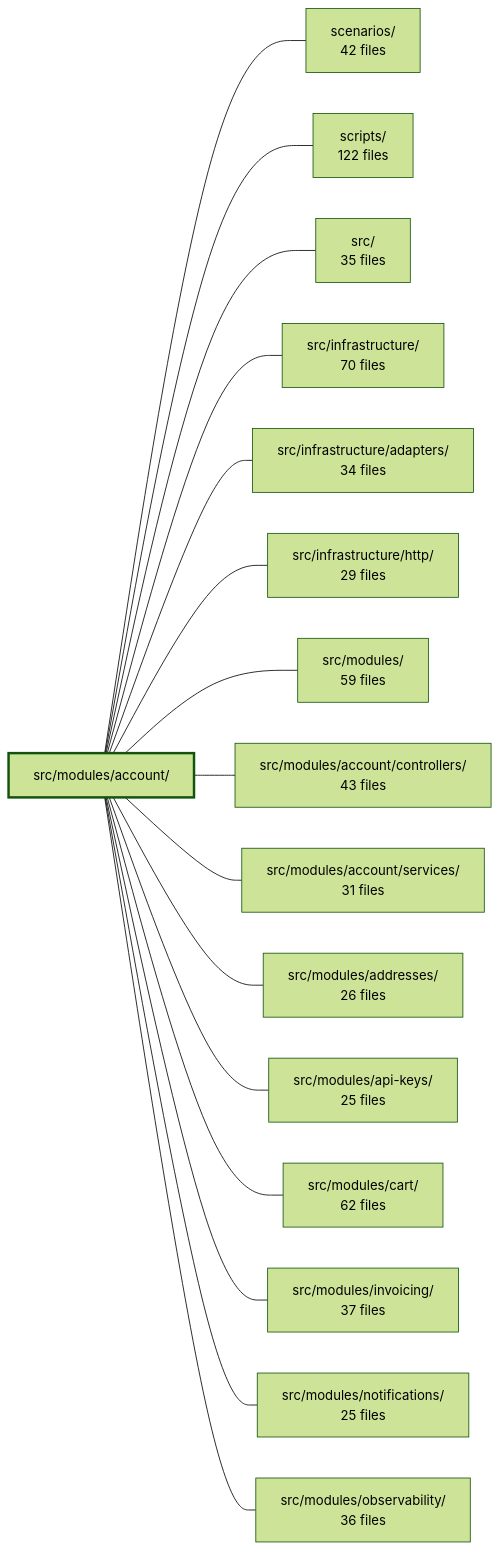
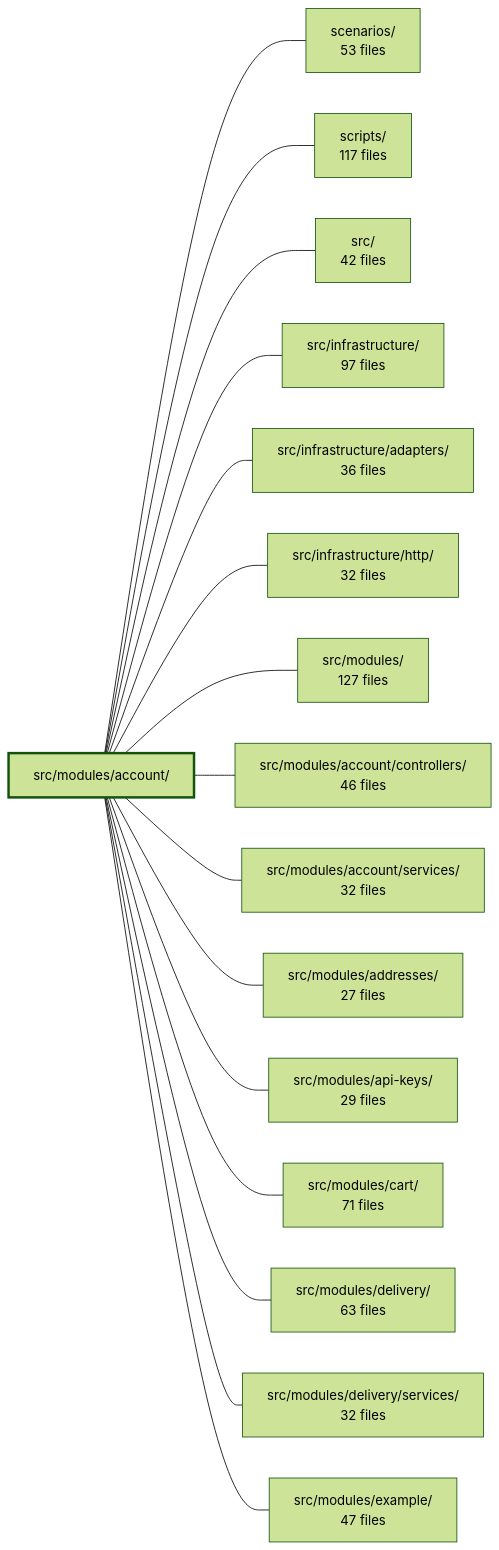
The diagram in .2brain/modules/boilerplate-node-backend_src_modules_account.md (Guebbit/boilerplate-node-backend), drawn with Mermaid (forest theme) before and after one commit. The commit also changed other lines of this file and 1775 other files, not shown here.

````diff
--- a/.2brain/modules/boilerplate-node-backend_src_modules_account.md
+++ b/.2brain/modules/boilerplate-node-backend_src_modules_account.md
@@ -43,35 +47,35 @@
 ```mermaid
 flowchart LR
     m_src_modules_account["src/modules/account/"]
-    m_scenarios["scenarios/<br/>42 files"]
-    m_scripts["scripts/<br/>122 files"]
-    m_src["src/<br/>35 files"]
-    m_src_infrastructure["src/infrastructure/<br/>70 files"]
-    m_src_infrastructure_adapters["src/infrastructure/adapters/<br/>34 files"]
-    m_src_infrastructure_http["src/infrastructure/http/<br/>29 files"]
-    m_src_modules["src/modules/<br/>59 files"]
-    m_src_modules_account_controllers["src/modules/account/controllers/<br/>43 files"]
-    m_src_modules_account_services["src/modules/account/services/<br/>31 files"]
-    m_src_modules_addresses["src/modules/addresses/<br/>26 files"]
-    m_src_modules_api_keys["src/modules/api-keys/<br/>25 files"]
-    m_src_modules_cart["src/modules/cart/<br/>62 files"]
-    m_src_modules_invoicing["src/modules/invoicing/<br/>37 files"]
-    m_src_modules_notifications["src/modules/notifications/<br/>25 files"]
-    m_src_modules_observability["src/modules/observability/<br/>36 files"]
+    m_scenarios["scenarios/<br/>53 files"]
+    m_scripts["scripts/<br/>117 files"]
+    m_src["src/<br/>42 files"]
+    m_src_infrastructure["src/infrastructure/<br/>97 files"]
+    m_src_infrastructure_adapters["src/infrastructure/adapters/<br/>36 files"]
+    m_src_infrastructure_http["src/infrastructure/http/<br/>32 files"]
+    m_src_modules["src/modules/<br/>127 files"]
+    m_src_modules_account_controllers["src/modules/account/controllers/<br/>46 files"]
+    m_src_modules_account_services["src/modules/account/services/<br/>32 files"]
+    m_src_modules_addresses["src/modules/addresses/<br/>27 files"]
+    m_src_modules_api_keys["src/modules/api-keys/<br/>29 files"]
+    m_src_modules_cart["src/modules/cart/<br/>71 files"]
+    m_src_modules_delivery["src/modules/delivery/<br/>63 files"]
+    m_src_modules_delivery_services["src/modules/delivery/services/<br/>32 files"]
+    m_src_modules_example["src/modules/example/<br/>47 files"]
     m_src_modules_account --- m_scenarios
     m_src_modules_account --- m_scripts
     m_src_modules_account --- m_src
     m_src_modules_account --- m_src_infrastructure
     m_src_modules_account --- m_src_infrastructure_adapters
     m_src_modules_account --- m_src_infrastructure_http
     m_src_modules_account --- m_src_modules
     m_src_modules_account --- m_src_modules_account_controllers
     m_src_modules_account --- m_src_modules_account_services
     m_src_modules_account --- m_src_modules_addresses
     m_src_modules_account --- m_src_modules_api_keys
     m_src_modules_account --- m_src_modules_cart
-    m_src_modules_account --- m_src_modules_invoicing
-    m_src_modules_account --- m_src_modules_notifications
-    m_src_modules_account --- m_src_modules_observability
+    m_src_modules_account --- m_src_modules_delivery
+    m_src_modules_account --- m_src_modules_delivery_services
+    m_src_modules_account --- m_src_modules_example
     style m_src_modules_account stroke-width:3px
 ```
````
